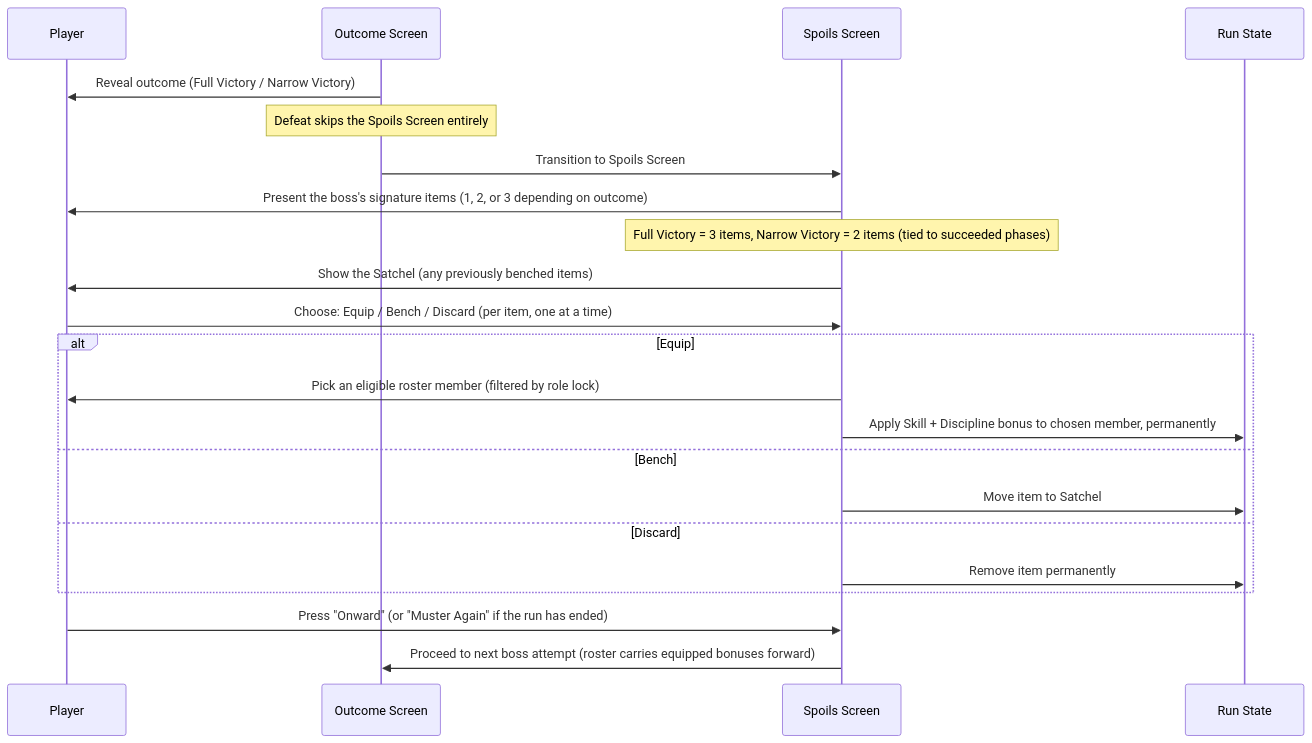
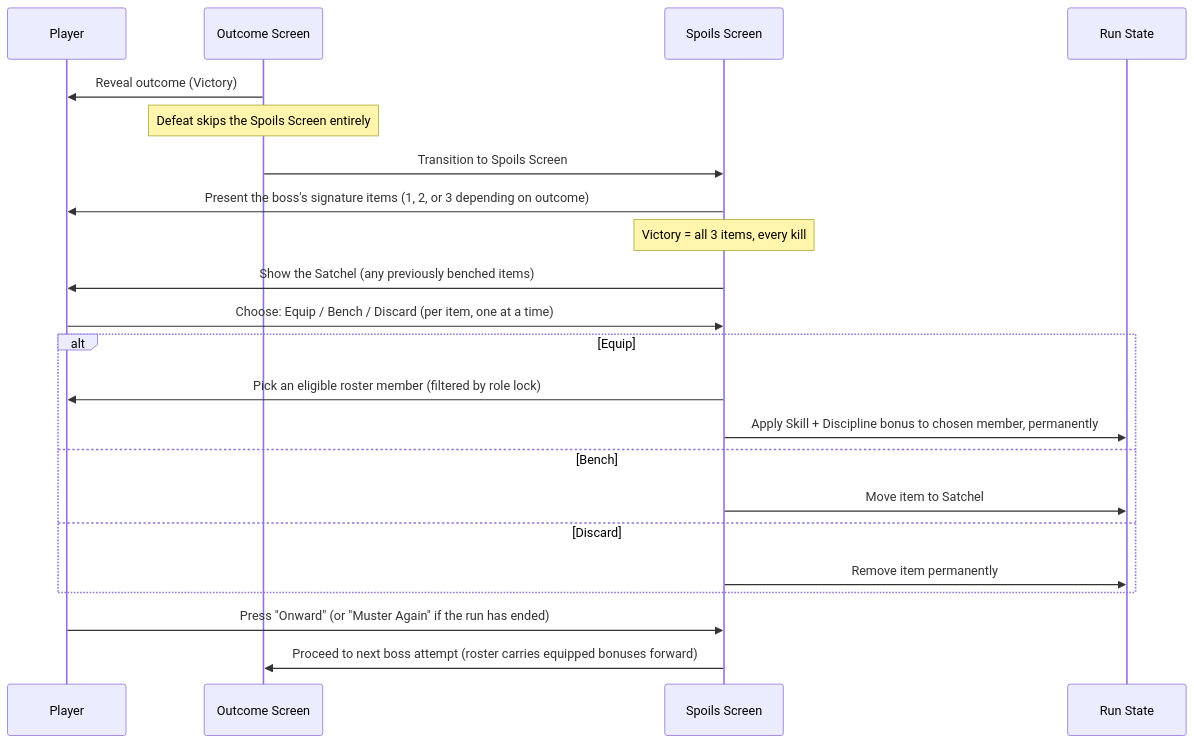
The diagram in docs/feature/loot.md (g-trinh/raid-manager), drawn with Mermaid before and after one commit. The commit also changed other lines of this file and 10 other files, not shown here.

First line of the commit message:
refactor(game): a victory is a victory — collapse the outcome subtypes

````diff
--- a/docs/feature/loot.md
+++ b/docs/feature/loot.md
@@ -225,25 +223,25 @@
 ```mermaid
 sequenceDiagram
     participant P as Player
     participant OS as Outcome Screen
     participant SS as Spoils Screen
     participant RS as Run State
 
-    OS->>P: Reveal outcome (Full Victory / Narrow Victory)
+    OS->>P: Reveal outcome (Victory)
     Note over OS: Defeat skips the Spoils Screen entirely
     OS->>SS: Transition to Spoils Screen
     SS->>P: Present the boss's signature items (1, 2, or 3 depending on outcome)
-    Note over SS: Full Victory = 3 items, Narrow Victory = 2 items (tied to succeeded phases)
+    Note over SS: Victory = all 3 items, every kill
     SS->>P: Show the Satchel (any previously benched items)
     P->>SS: Choose: Equip / Bench / Discard (per item, one at a time)
     alt Equip
         SS->>P: Pick an eligible roster member (filtered by role lock)
         SS->>RS: Apply Skill + Discipline bonus to chosen member, permanently
     else Bench
         SS->>RS: Move item to Satchel
     else Discard
         SS->>RS: Remove item permanently
     end
     P->>SS: Press "Onward" (or "Muster Again" if the run has ended)
     SS->>OS: Proceed to next boss attempt (roster carries equipped bonuses forward)
 ```
````
